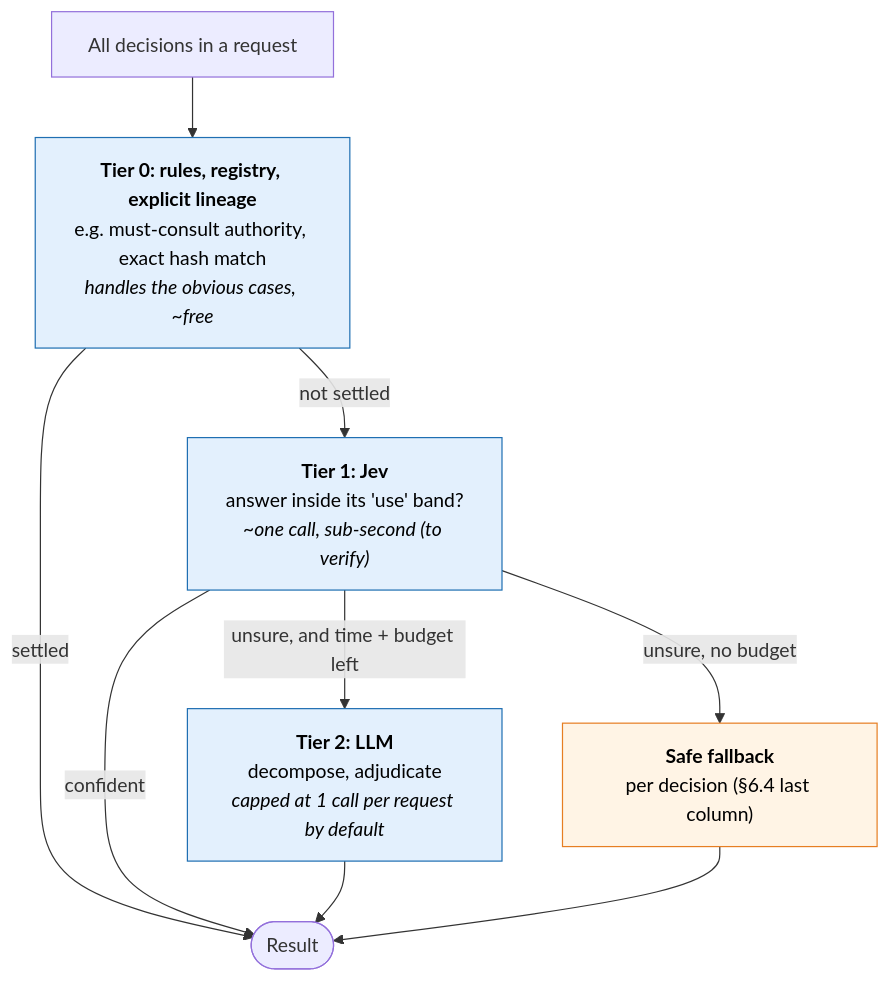
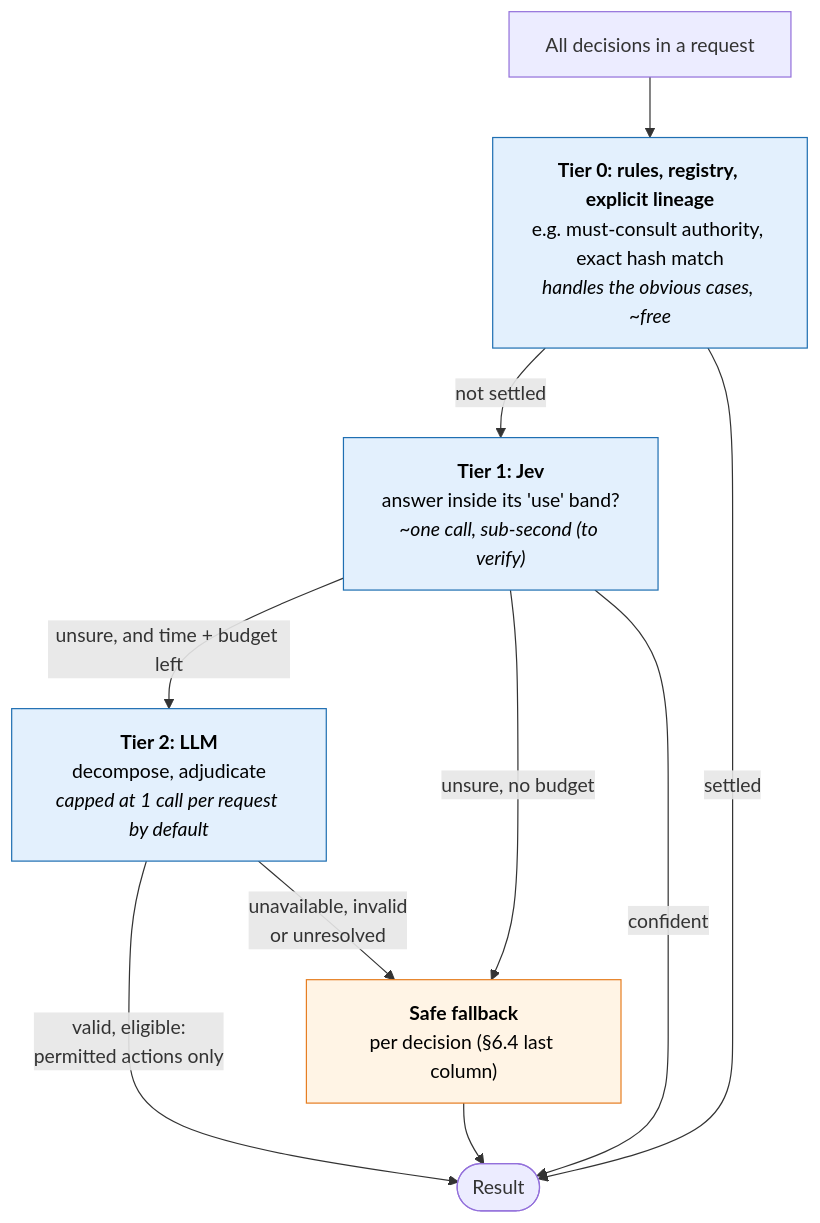
Before and after one commit to arunmenon/sanctum: the seventh of 11 diagrams in design/intelligence-layer/hld.md, drawn with Mermaid. The commit also changed other lines of this file and 5 other files, not shown here.

````diff
--- a/design/intelligence-layer/hld.md
+++ b/design/intelligence-layer/hld.md
@@ -332,19 +344,20 @@
 ```mermaid
 flowchart TB
     A["All decisions in a request"] --> T0
     T0["<b>Tier 0: rules, registry, explicit lineage</b><br/>e.g. must-consult authority, exact hash match<br/><i>handles the obvious cases, ~free</i>"]
     T0 -- "not settled" --> T1
     T1["<b>Tier 1: Jev</b><br/>answer inside its 'use' band?<br/><i>~one call, sub-second (to verify)</i>"]
     T1 -- "unsure, and time + budget left" --> T2
     T2["<b>Tier 2: LLM</b><br/>decompose, adjudicate<br/><i>capped at 1 call per request by default</i>"]
     T1 -- "unsure, no budget" --> FB["<b>Safe fallback</b><br/>per decision (§6.4 last column)"]
     T0 -- settled --> OK(["Result"])
     T1 -- "confident" --> OK
-    T2 --> OK
+    T2 -- "valid, eligible:<br/>permitted actions only" --> OK
+    T2 -- "unavailable, invalid<br/>or unresolved" --> FB
     FB --> OK
 
     classDef judge fill:#e3f0fd,stroke:#1f6fb2,color:#000
     classDef safe fill:#fff4e5,stroke:#e67e22,color:#000
     class T0,T1,T2 judge
     class FB safe
 ```
````
